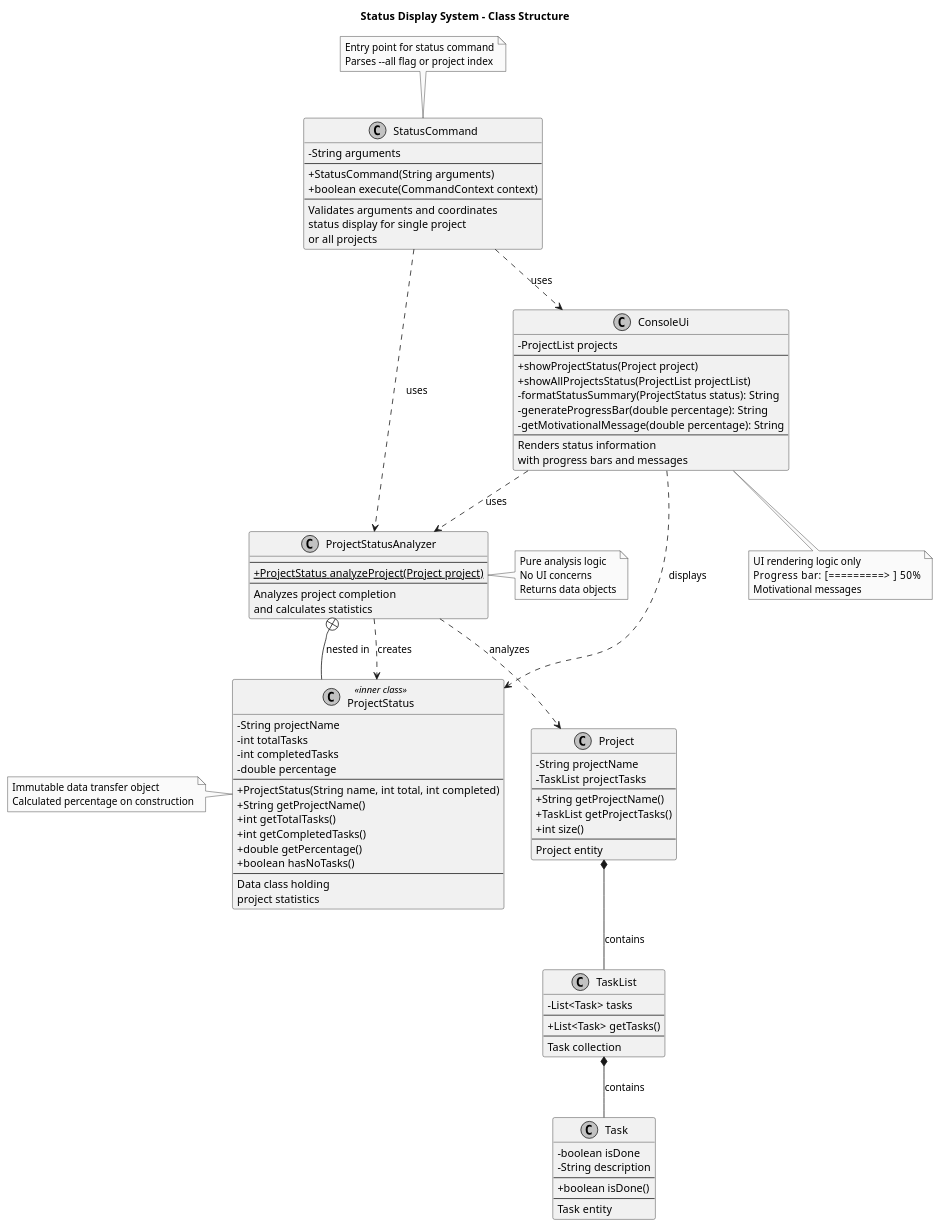
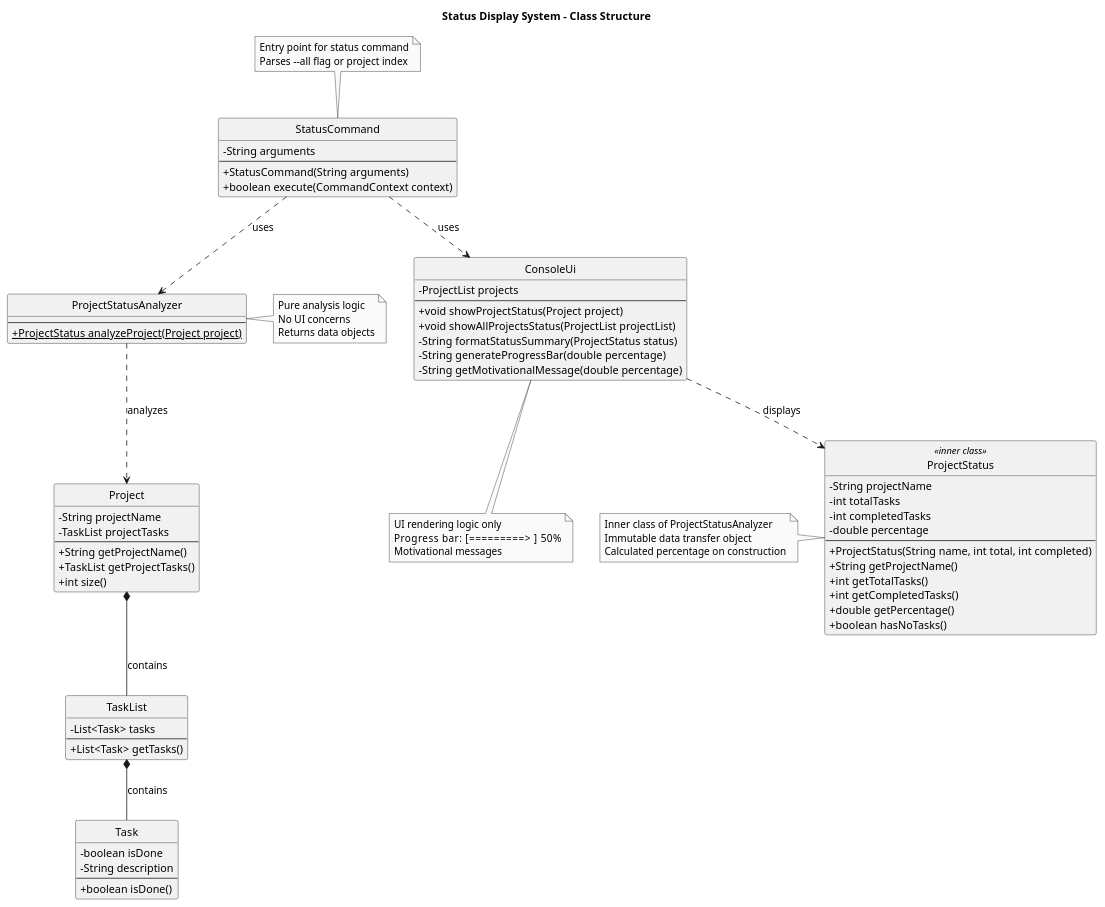
One commit to sean6369/tp changed the diagram in docs/plantUML/status-display-system/status-display-class-diagram.puml. Above: the diagram before and after it, drawn with PlantUML. The commit also changed 4 other files, not shown here.

Commit message:
Fix class diagrams to comply with CS2113 standards

```diff
--- a/docs/plantUML/status-display-system/status-display-class-diagram.puml
+++ b/docs/plantUML/status-display-system/status-display-class-diagram.puml
@@ -1,119 +1,98 @@
 @startuml Status Display System Class Diagram
 title Status Display System - Class Structure
 
 skinparam classAttributeIconSize 0
 skinparam shadowing false
 skinparam monochrome true
+hide circle
 
 class StatusCommand {
   - String arguments
   --
   + StatusCommand(String arguments)
   + boolean execute(CommandContext context)
-  --
-  Validates arguments and coordinates
-  status display for single project
-  or all projects
 }
 
 class ProjectStatusAnalyzer {
   --
   {static} + ProjectStatus analyzeProject(Project project)
-  --
-  Analyzes project completion
-  and calculates statistics
 }
 
 class ProjectStatus <<inner class>> {
   - String projectName
   - int totalTasks
   - int completedTasks
   - double percentage
   --
   + ProjectStatus(String name, int total, int completed)
   + String getProjectName()
   + int getTotalTasks()
   + int getCompletedTasks()
   + double getPercentage()
   + boolean hasNoTasks()
-  --
-  Data class holding
-  project statistics
 }
 
 class ConsoleUi {
   - ProjectList projects
   --
-  + showProjectStatus(Project project)
-  + showAllProjectsStatus(ProjectList projectList)
-  - formatStatusSummary(ProjectStatus status): String
-  - generateProgressBar(double percentage): String
-  - getMotivationalMessage(double percentage): String
-  --
-  Renders status information
-  with progress bars and messages
+  + void showProjectStatus(Project project)
+  + void showAllProjectsStatus(ProjectList projectList)
+  - String formatStatusSummary(ProjectStatus status)
+  - String generateProgressBar(double percentage)
+  - String getMotivationalMessage(double percentage)
 }
 
 class Project {
   - String projectName
   - TaskList projectTasks
   --
   + String getProjectName()
   + TaskList getProjectTasks()
   + int size()
-  --
-  Project entity
 }
 
 class Task {
   - boolean isDone
   - String description
   --
   + boolean isDone()
-  --
-  Task entity
 }
 
 class TaskList {
   - List<Task> tasks
   --
   + List<Task> getTasks()
-  --
-  Task collection
 }
 
 ' Relationships
 StatusCommand ..> ProjectStatusAnalyzer : uses
 StatusCommand ..> ConsoleUi : uses
-ProjectStatusAnalyzer ..> ProjectStatus : creates
 ProjectStatusAnalyzer ..> Project : analyzes
-ConsoleUi ..> ProjectStatusAnalyzer : uses
 ConsoleUi ..> ProjectStatus : displays
 Project *-- TaskList : contains
 TaskList *-- Task : contains
-
-ProjectStatus --+ ProjectStatusAnalyzer : nested in
 
 note top of StatusCommand
   Entry point for status command
   Parses --all flag or project index
 end note
 
 note right of ProjectStatusAnalyzer
   Pure analysis logic
   No UI concerns
   Returns data objects
 end note
 
 note bottom of ConsoleUi
   UI rendering logic only
   Progress bar: [=========>      ] 50%
   Motivational messages
 end note
 
 note left of ProjectStatus
+  Inner class of ProjectStatusAnalyzer
   Immutable data transfer object
   Calculated percentage on construction
 end note
 
 @enduml
```
